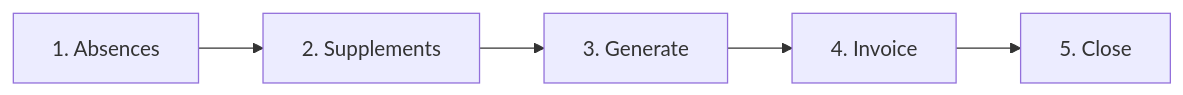
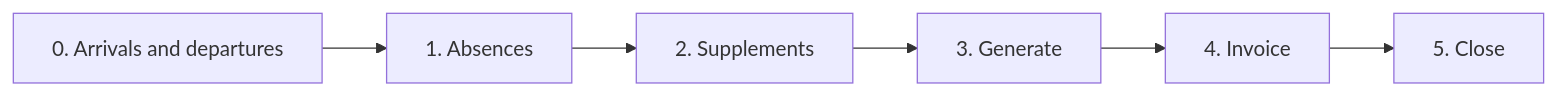
The diagram in content/facturation/checklist-fin-de-mois.md (lplg-europe/resthome-documentation), drawn with Mermaid before and after one commit. The commit also changed other lines of this file and 861 other files, not shown here.

````diff
--- a/content/facturation/checklist-fin-de-mois.md
+++ b/content/facturation/checklist-fin-de-mois.md
@@ -33,7 +33,8 @@
 ```mermaid
 graph LR
-  A[1. Absences] --> B[2. Supplements]
+  Z[0. Arrivals and departures] --> A[1. Absences]
+  A --> B[2. Supplements]
   B --> C[3. Generate]
   C --> D[4. Invoice]
   D --> E[5. Close]
 ```
````
